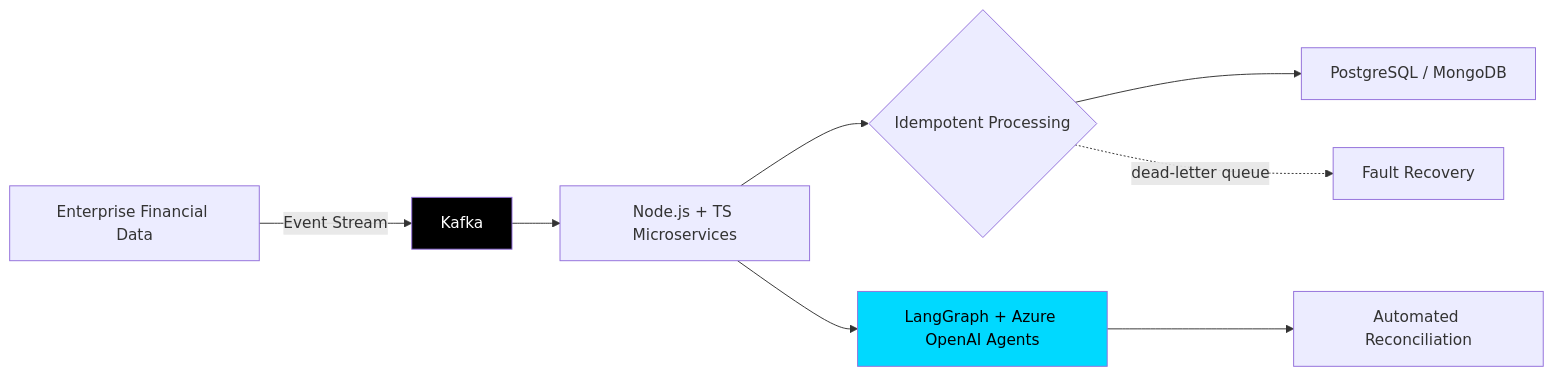
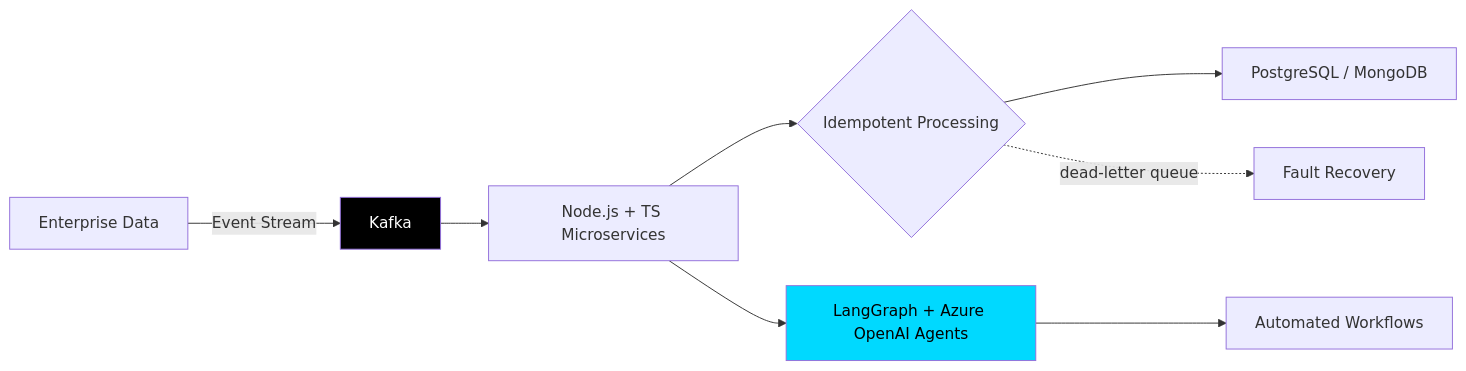
Before and after one commit to manish0502/manish0502: the diagram in README.md, drawn with Mermaid. The commit also changed other lines of this file, not shown here.

````diff
--- a/README.md
+++ b/README.md
@@ -108,12 +81,12 @@
 ```mermaid
 graph LR
-    A[Enterprise Financial Data] -->|Event Stream| B[Kafka]
+    A[Enterprise Data] -->|Event Stream| B[Kafka]
     B --> C[Node.js + TS Microservices]
     C --> D{Idempotent Processing}
     D --> E[PostgreSQL / MongoDB]
     C --> F[LangGraph + Azure OpenAI Agents]
-    F --> G[Automated Reconciliation]
+    F --> G[Automated Workflows]
     D -.dead-letter queue.-> H[Fault Recovery]
     style F fill:#00D9FF,color:#000
     style B fill:#000,color:#fff
 ```
````
